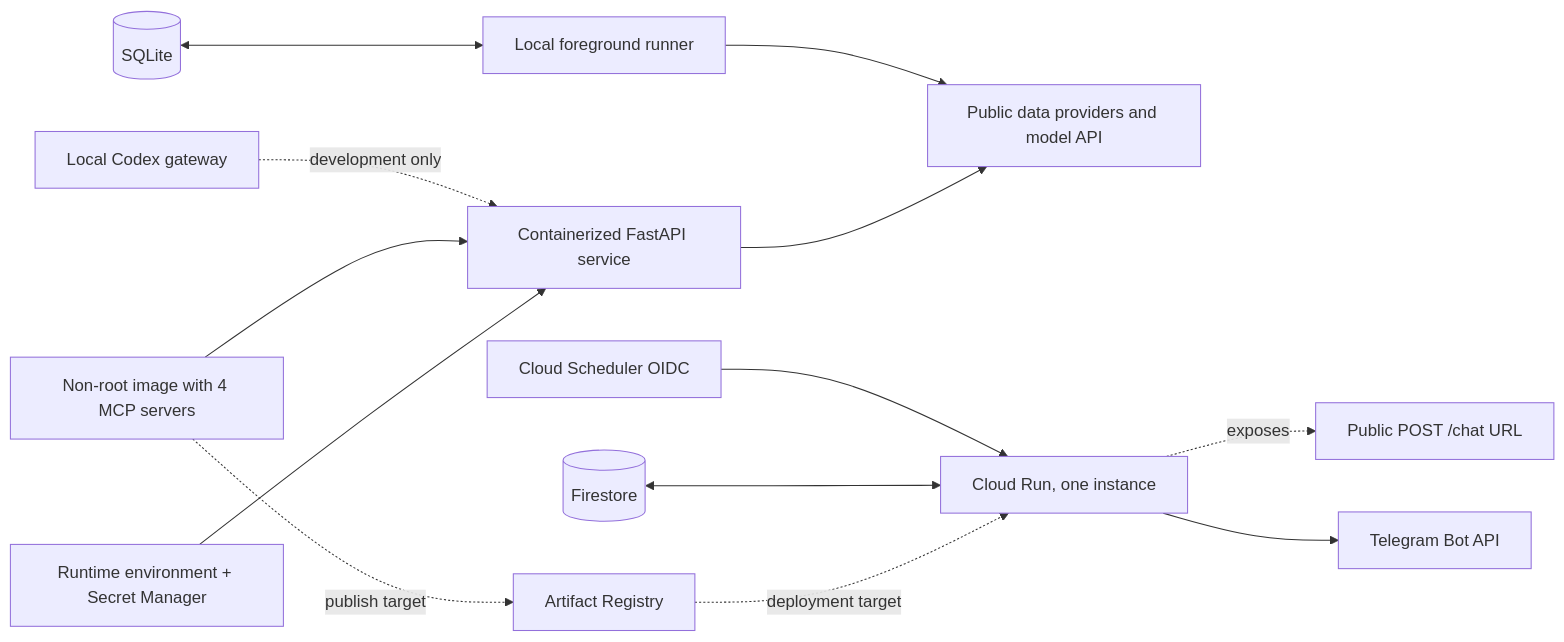
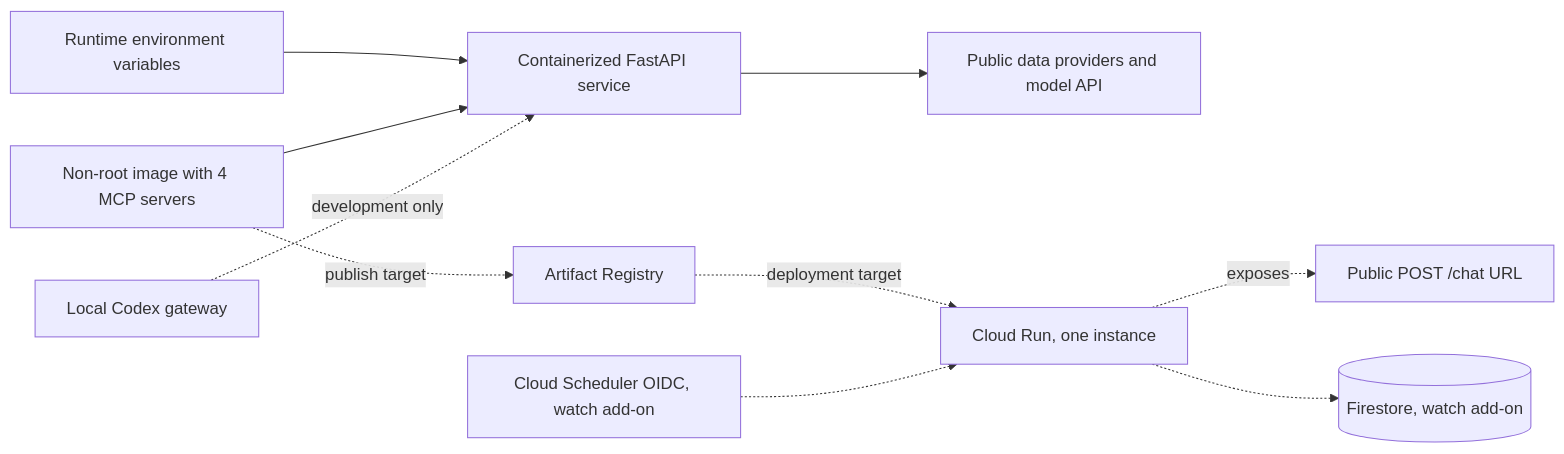
The third of 4 diagrams in README.md (waderylan/prediction-market-agent), drawn with Mermaid before and after one commit. The commit also changed other lines of this file and 3 other files, not shown here.

````diff
--- a/README.md
+++ b/README.md
@@ -344,15 +262,12 @@
 ```mermaid
 flowchart LR
-    ENV[Runtime environment + Secret Manager] --> APP[Containerized FastAPI service]
+    ENV[Runtime environment variables] --> APP[Containerized FastAPI service]
     IMG[Non-root image with 4 MCP servers] --> APP
     APP --> EXT[Public data providers and model API]
     IMG -. publish target .-> AR[Artifact Registry]
     AR -. deployment target .-> CR[Cloud Run, one instance]
     CR -. exposes .-> URL[Public POST /chat URL]
-    FS[(Firestore)] <--> CR
-    SCH[Cloud Scheduler OIDC] --> CR
-    CR --> TELE[Telegram Bot API]
-    SQL[(SQLite)] <--> LOCAL[Local foreground runner]
-    LOCAL --> EXT
+    CR -.-> FS[(Firestore, watch add-on)]
+    SCH[Cloud Scheduler OIDC, watch add-on] -.-> CR
     DEV[Local Codex gateway] -. development only .-> APP
 ```
````
